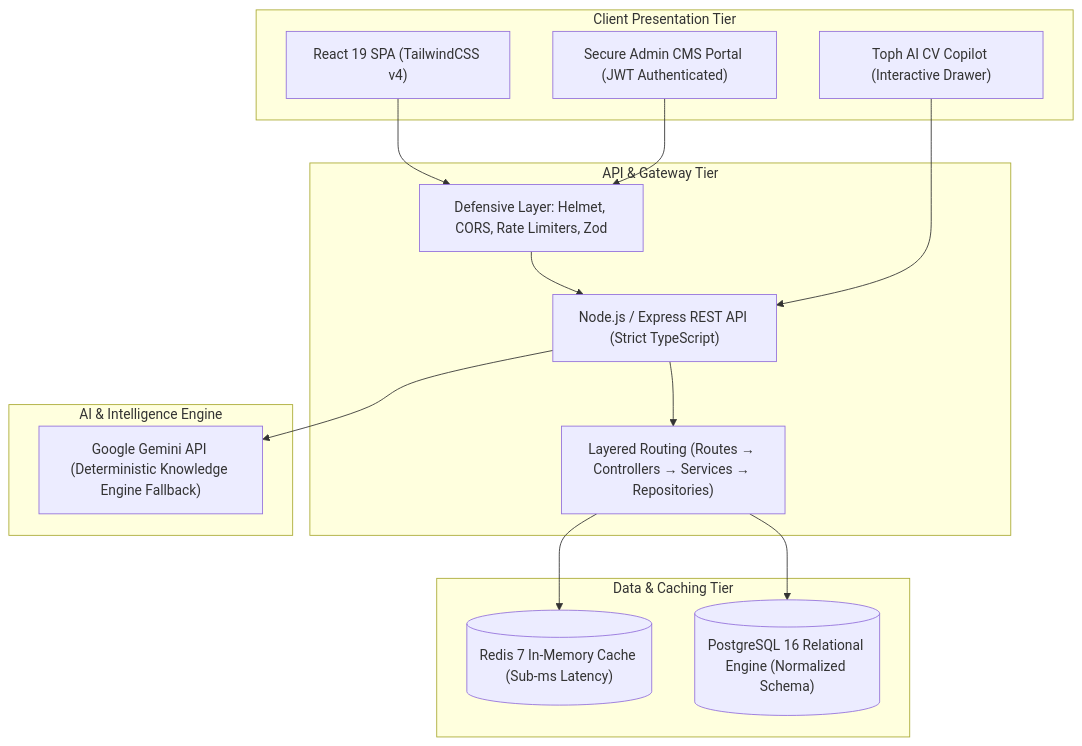
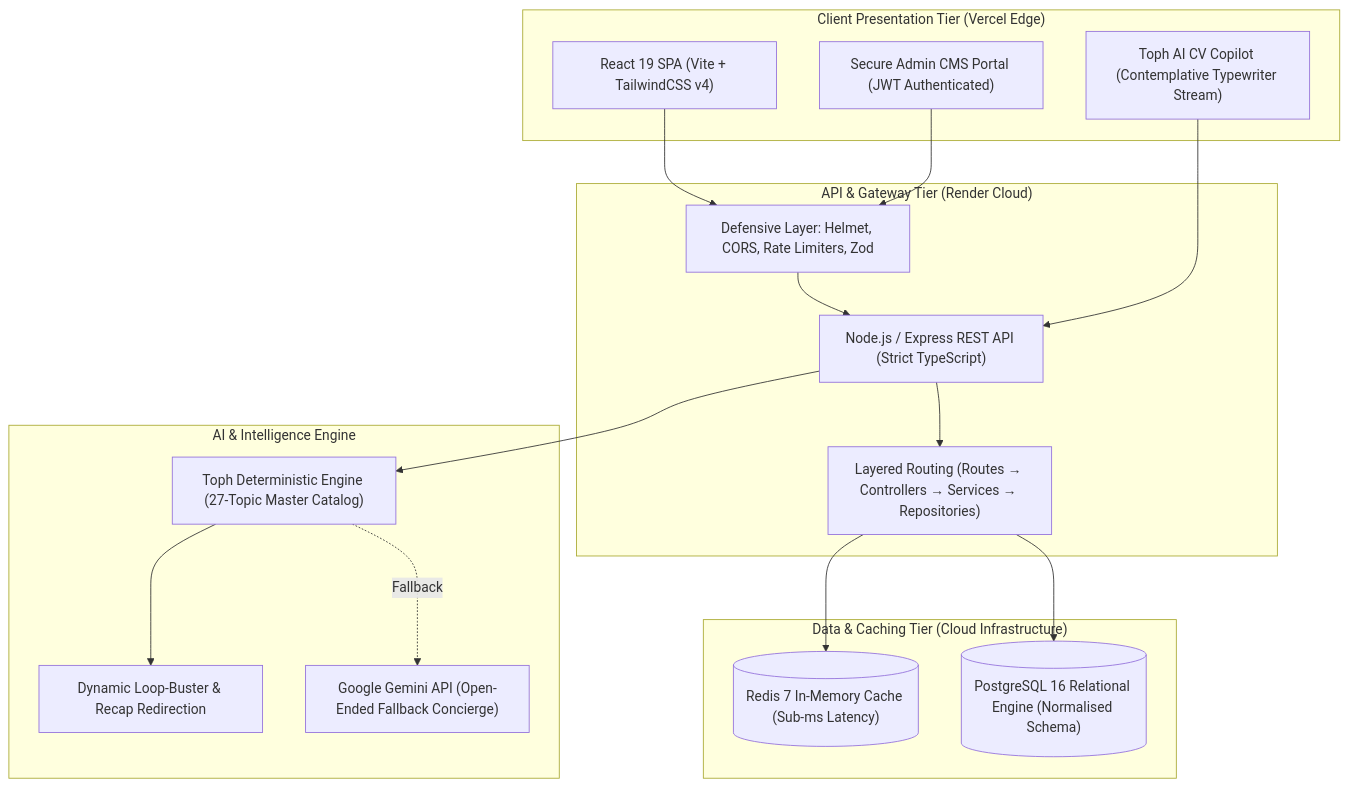
One commit to hafiziahmar/portfolio changed the diagram in README.md. Above: the diagram before and after it, drawn with Mermaid. The commit also changed other lines of this file, not shown here.

Commit message:
docs: update README with Vercel deployment, URUS capstone architecture, Toph 27-topic engine, and UK spelling

````diff
--- a/README.md
+++ b/README.md
@@ -19,32 +20,36 @@
 ```mermaid
 flowchart TD
-    subgraph Client ["Client Presentation Tier"]
-        UI["React 19 SPA (TailwindCSS v4)"]
-        Copilot["Toph AI CV Copilot (Interactive Drawer)"]
+    subgraph Client ["Client Presentation Tier (Vercel Edge)"]
+        UI["React 19 SPA (Vite + TailwindCSS v4)"]
+        Copilot["Toph AI CV Copilot (Contemplative Typewriter Stream)"]
         CMS["Secure Admin CMS Portal (JWT Authenticated)"]
     end
 
-    subgraph Gateway ["API & Gateway Tier"]
+    subgraph Gateway ["API & Gateway Tier (Render Cloud)"]
         API["Node.js / Express REST API (Strict TypeScript)"]
         Security["Defensive Layer: Helmet, CORS, Rate Limiters, Zod"]
         Router["Layered Routing (Routes → Controllers → Services → Repositories)"]
     end
 
-    subgraph Data ["Data & Caching Tier"]
+    subgraph Data ["Data & Caching Tier (Cloud Infrastructure)"]
         Cache[("Redis 7 In-Memory Cache (Sub-ms Latency)")]
-        DB[("PostgreSQL 16 Relational Engine (Normalized Schema)")]
+        DB[("PostgreSQL 16 Relational Engine (Normalised Schema)")]
     end
 
     subgraph AI ["AI & Intelligence Engine"]
-        LLM["Google Gemini API (Deterministic Knowledge Engine Fallback)"]
+        Engine["Toph Deterministic Engine (27-Topic Master Catalog)"]
+        LoopBuster["Dynamic Loop-Buster & Recap Redirection"]
+        LLM["Google Gemini API (Open-Ended Fallback Concierge)"]
     end
 
     UI --> Security
     CMS --> Security
     Security --> API
     API --> Router
     Router --> Cache
     Router --> DB
     Copilot --> API
-    API --> LLM
+    API --> Engine
+    Engine --> LoopBuster
+    Engine -. Fallback .-> LLM
 ```
````
